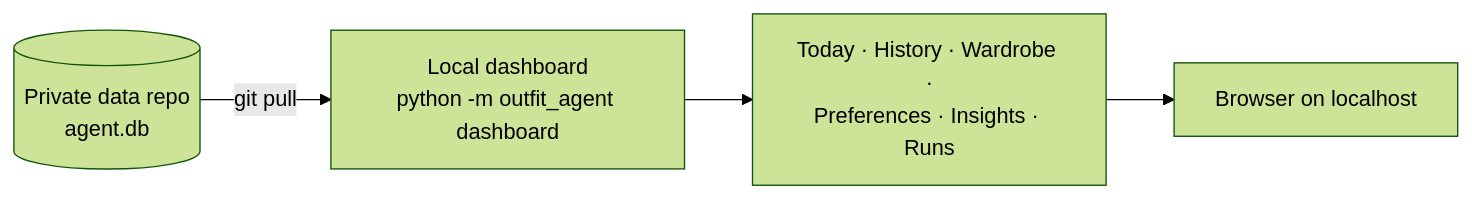
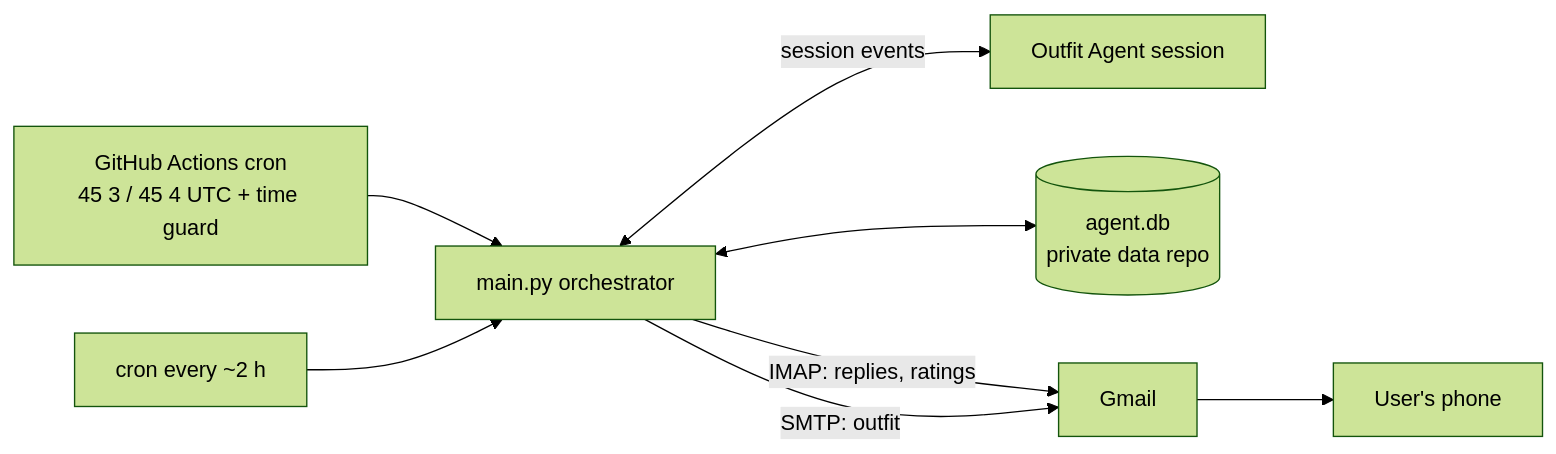
Before and after one commit to hodaya73-prog/Asaf_AI_Agent: the sixth of 6 diagrams in Architecture.md, drawn with Mermaid (forest theme). The commit also changed other lines of this file and 7 other files, not shown here.

First line of the commit message:
Run the Outfit Agent daily from Claude Platform with a local tool runner

````diff
--- a/Architecture.md
+++ b/Architecture.md
@@ -277,6 +258,10 @@
 ```mermaid
 flowchart LR
-    DR[("Private data repo<br/>agent.db")] -- "git pull" --> LOCAL["Local dashboard<br/>python -m outfit_agent dashboard"]
-    LOCAL --> PAGES["Today · History · Wardrobe ·<br/>Preferences · Insights · Runs"]
-    PAGES --> BROWSER["Browser on localhost"]
+    CRON["GitHub Actions cron<br/>45 3 / 45 4 UTC + time guard"] --> MAIN["main.py orchestrator"]
+    INGEST["cron every ~2 h"] --> MAIN
+    MAIN <--> |"session events"| AGENT["Outfit Agent session"]
+    MAIN <--> DB[("agent.db<br/>private data repo")]
+    MAIN -- "IMAP: replies, ratings" --> GMAIL["Gmail"]
+    MAIN -- "SMTP: outfit" --> GMAIL
+    GMAIL --> PHONE["User's phone"]
 ```
````
